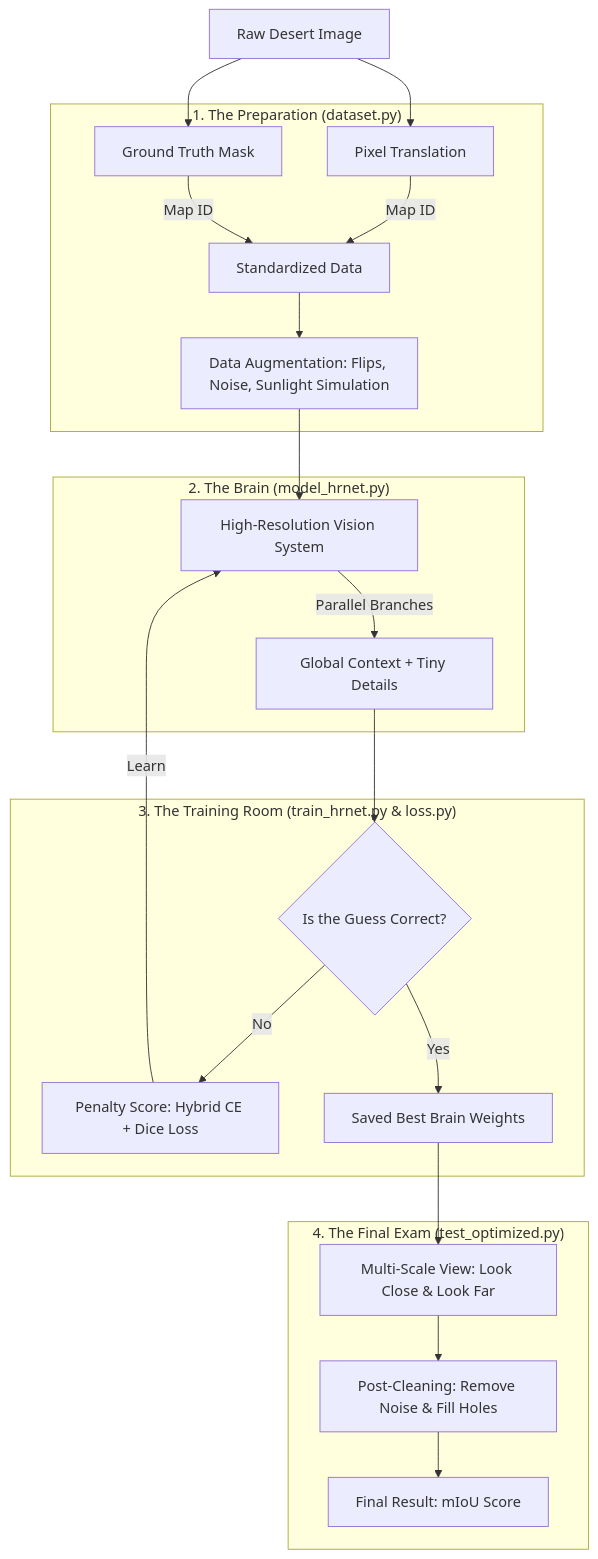
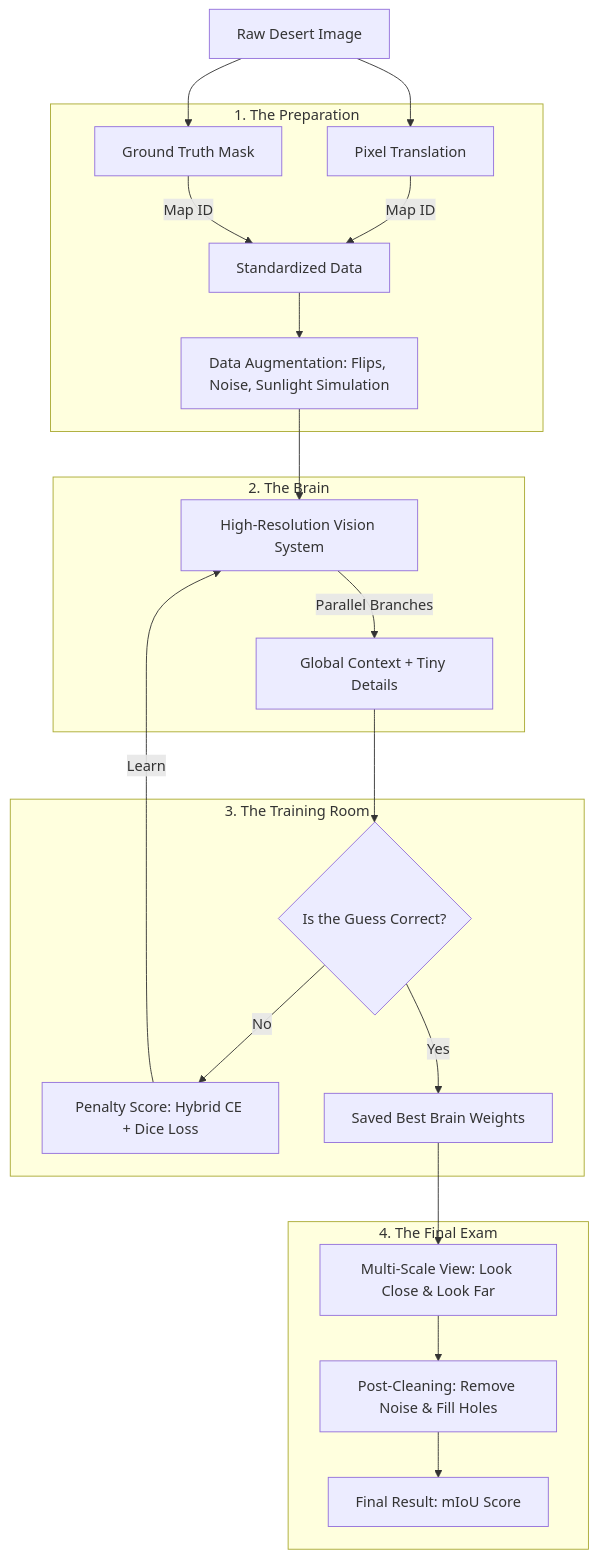
Before and after one commit to Bit-Blitz/Falcon-Segmentation-Model: the diagram in README.md, drawn with Mermaid.

Commit message:
simplify subgraph titles in README flowchart

````diff
--- a/README.md
+++ b/README.md
@@ -19,29 +19,29 @@
 ```mermaid
 graph TD
     A[Raw Desert Image] --> B[Pixel Translation]
     A --> C[Ground Truth Mask]
     
-    subgraph "1. The Preparation (dataset.py)"
+    subgraph "1. The Preparation"
     B -->|Map ID | D[Standardized Data]
     C -->|Map ID | D
     D --> E[Data Augmentation: Flips, Noise, Sunlight Simulation]
     end
 
-    subgraph "2. The Brain (model_hrnet.py)"
+    subgraph "2. The Brain "
     E --> F[High-Resolution Vision System]
     F -->|Parallel Branches| G[Global Context + Tiny Details]
     end
 
-    subgraph "3. The Training Room (train_hrnet.py & loss.py)"
+    subgraph "3. The Training Room "
     G --> H{Is the Guess Correct?}
     H -->|No| I[Penalty Score: Hybrid CE + Dice Loss]
     I -->|Learn| F
     H -->|Yes| J[Saved Best Brain Weights]
     end
 
-    subgraph "4. The Final Exam (test_optimized.py)"
+    subgraph "4. The Final Exam"
     J --> K[Multi-Scale View: Look Close & Look Far]
     K --> L[Post-Cleaning: Remove Noise & Fill Holes]
     L --> M[Final Result: mIoU Score]
     end
 ```
````
